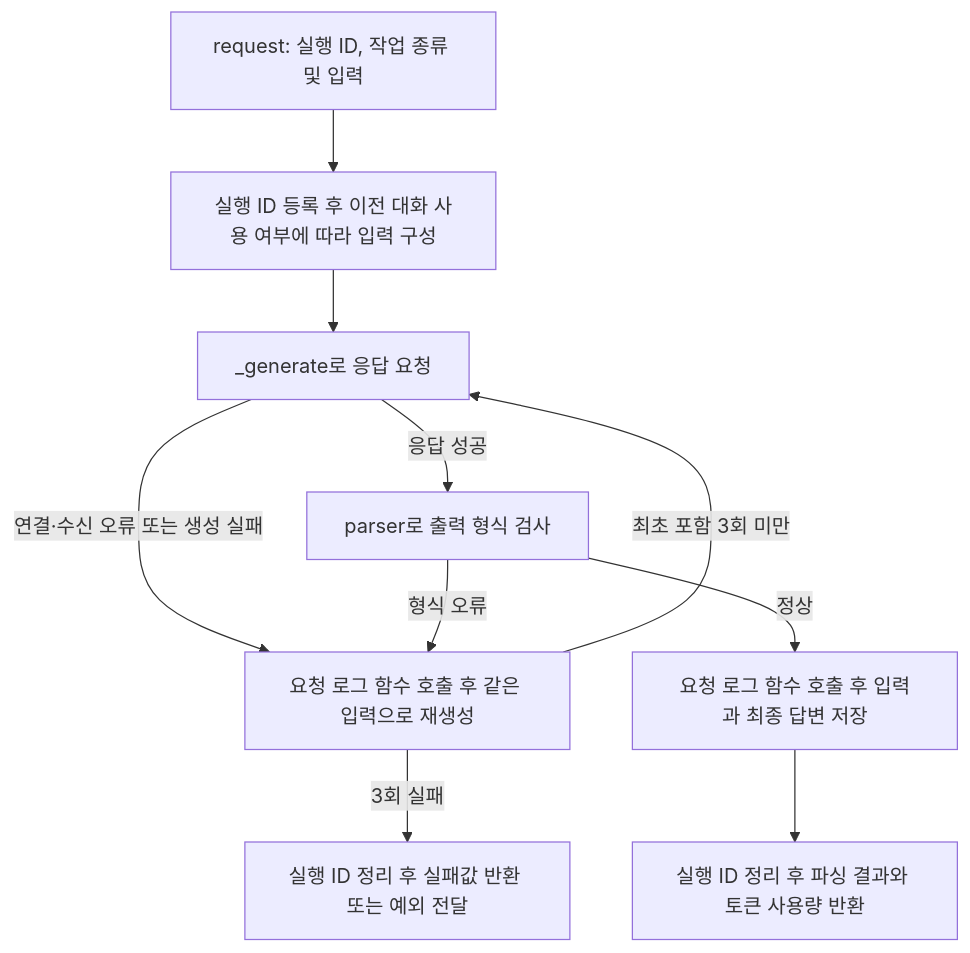
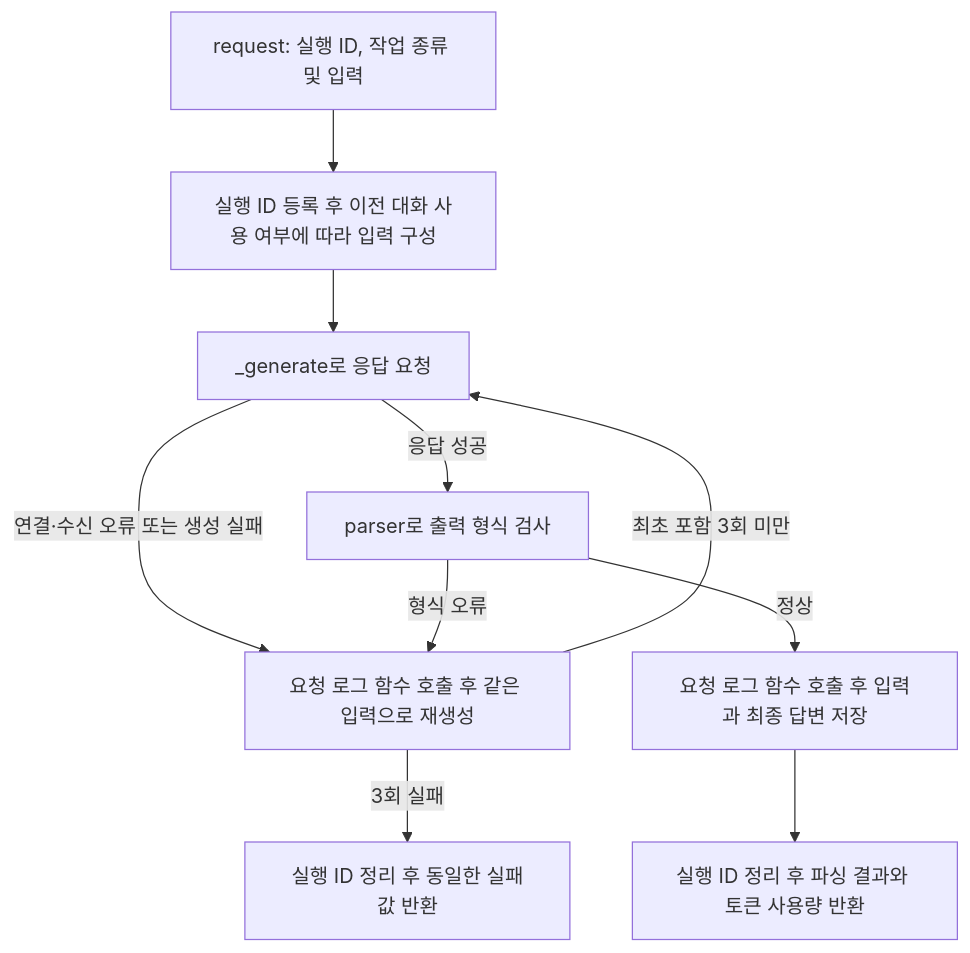
The diagram in docs/local-llm-runner.md (Inha-zero-two/private-llm-pipeline), drawn with Mermaid before and after one commit. The commit also changed other lines of this file and 2 other files, not shown here.

Commit message:
fix: 재시도 소진 시 오류 종류와 무관하게 실패값 반환

````diff
--- a/docs/local-llm-runner.md
+++ b/docs/local-llm-runner.md
@@ -9,12 +9,12 @@
 ```mermaid
 flowchart TD
     A["request: 실행 ID, 작업 종류 및 입력"] --> B["실행 ID 등록 후 이전 대화 사용 여부에 따라 입력 구성"]
     B --> C["_generate로 응답 요청"]
     C -->|응답 성공| D["parser로 출력 형식 검사"]
     C -->|연결·수신 오류 또는 생성 실패| E
     D -->|형식 오류| E["요청 로그 함수 호출 후 같은 입력으로 재생성"]
     E -->|최초 포함 3회 미만| C
-    E -->|3회 실패| F["실행 ID 정리 후 실패값 반환 또는 예외 전달"]
+    E -->|3회 실패| F["실행 ID 정리 후 동일한 실패값 반환"]
     D -->|정상| G["요청 로그 함수 호출 후 입력과 최종 답변 저장"]
     G --> H["실행 ID 정리 후 파싱 결과와 토큰 사용량 반환"]
 ```
````
